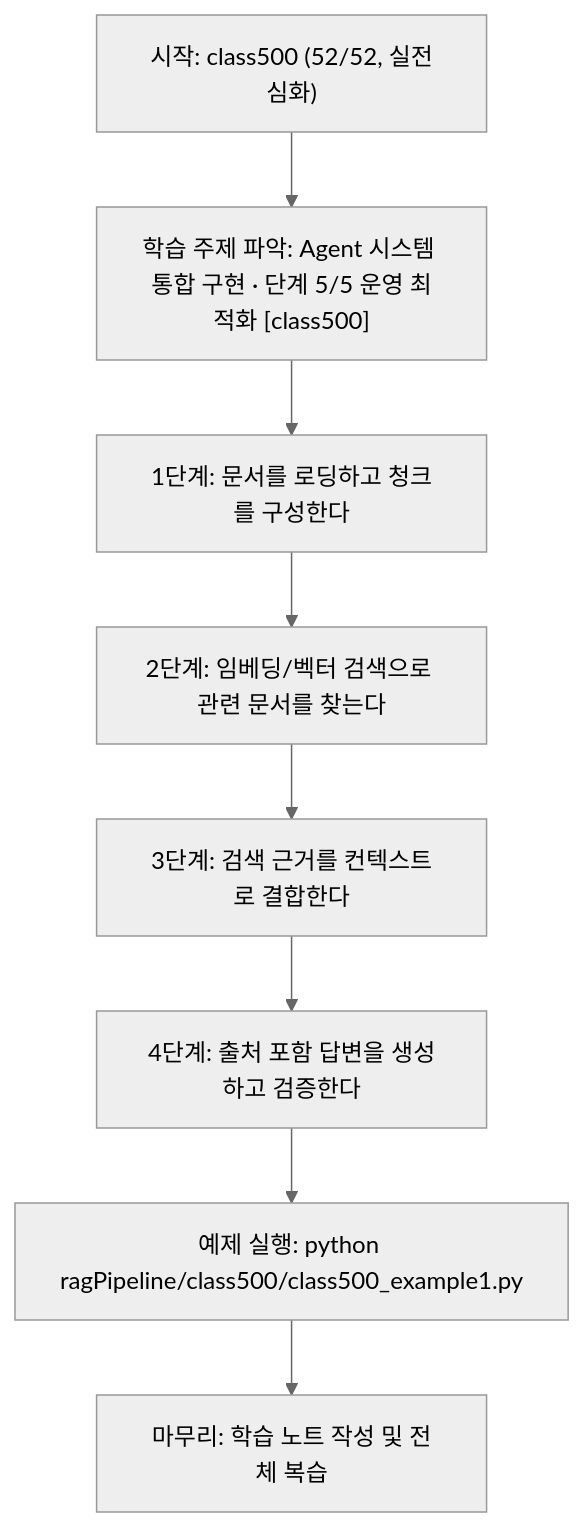
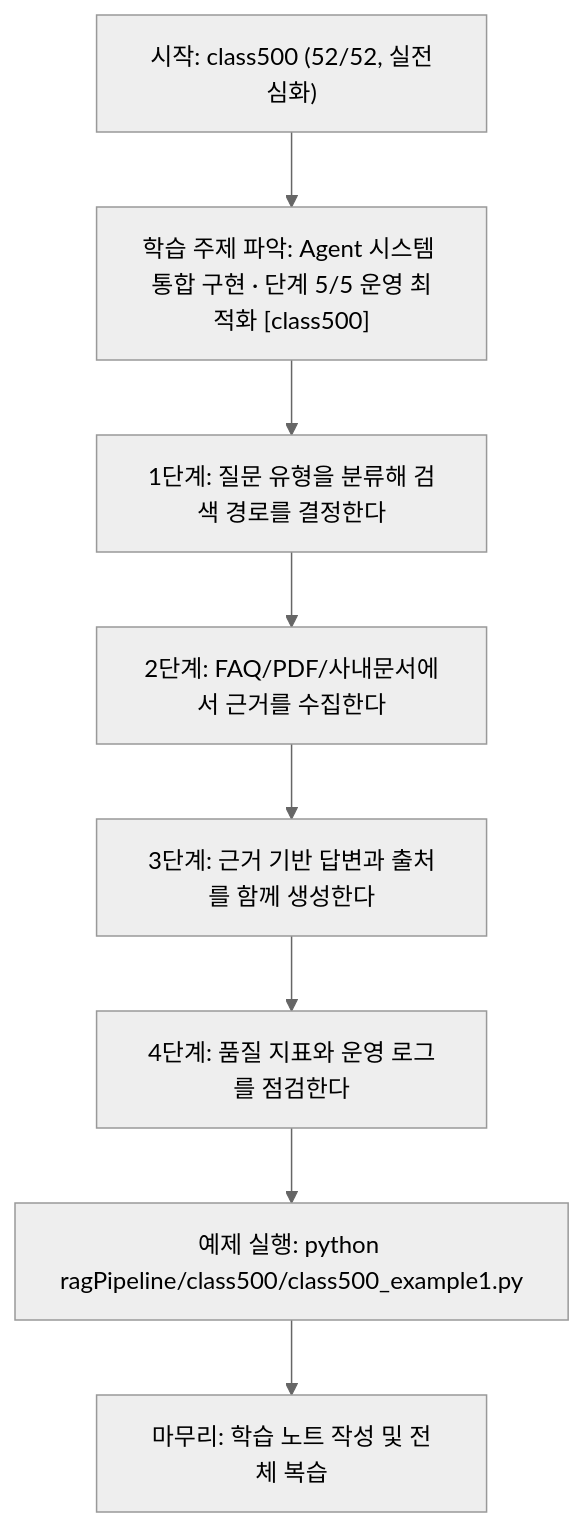
One commit to edumgt/Python-AI_Agent-Class changed the diagram in ragPipeline/class500/class500.md. Above: the diagram before and after it, drawn with Mermaid (neutral theme). The commit also changed other lines of this file and 367 other files, not shown here.

````diff
--- a/ragPipeline/class500/class500.md
+++ b/ragPipeline/class500/class500.md
@@ -112,18 +92,18 @@
 ```mermaid
 flowchart TD
 N1["시작: class500 (52/52, 실전심화)"]
 N2["학습 주제 파악: Agent 시스템 통합 구현 · 단계 5/5 운영 최적화 [class500]"]
-N3["1단계: 문서를 로딩하고 청크를 구성한다"]
-N4["2단계: 임베딩/벡터 검색으로 관련 문서를 찾는다"]
-N5["3단계: 검색 근거를 컨텍스트로 결합한다"]
-N6["4단계: 출처 포함 답변을 생성하고 검증한다"]
+N3["1단계: 질문 유형을 분류해 검색 경로를 결정한다"]
+N4["2단계: FAQ/PDF/사내문서에서 근거를 수집한다"]
+N5["3단계: 근거 기반 답변과 출처를 함께 생성한다"]
+N6["4단계: 품질 지표와 운영 로그를 점검한다"]
 N7["예제 실행: python ragPipeline/class500/class500_example1.py"]
 N8["마무리: 학습 노트 작성 및 전체 복습"]
 N1 --> N2
 N2 --> N3
 N3 --> N4
 N4 --> N5
 N5 --> N6
 N6 --> N7
 N7 --> N8
 ```
````
